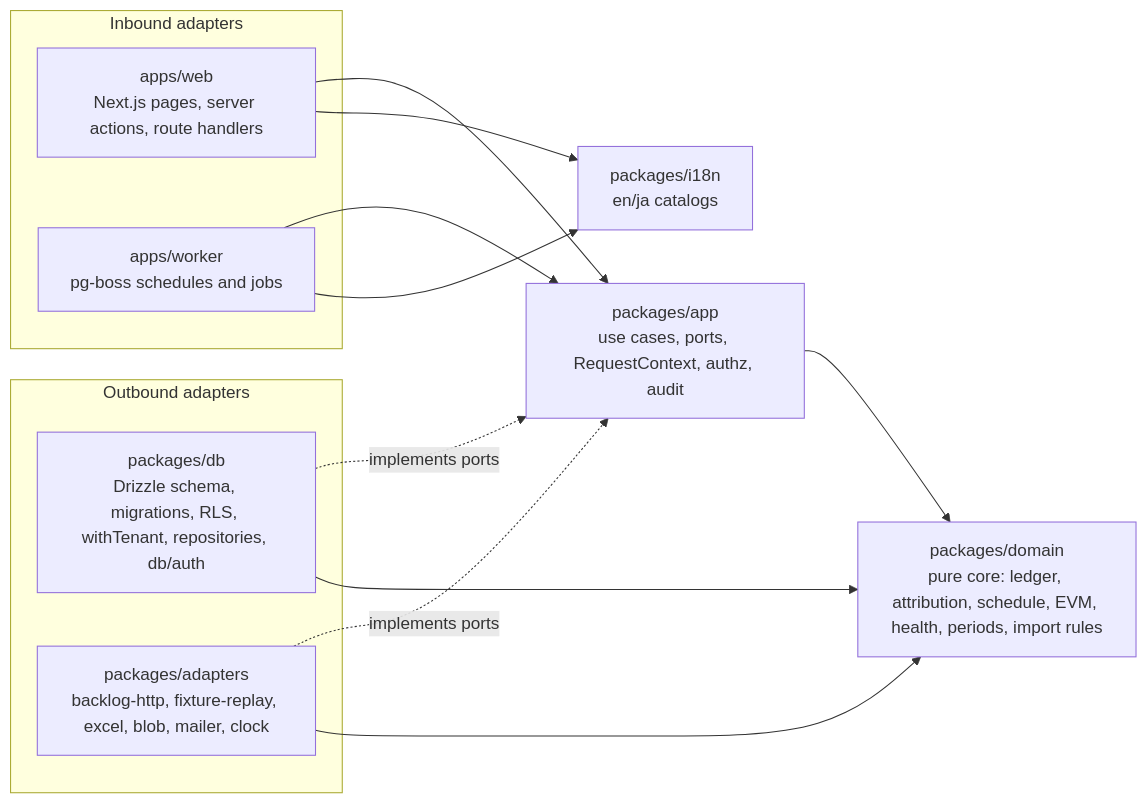
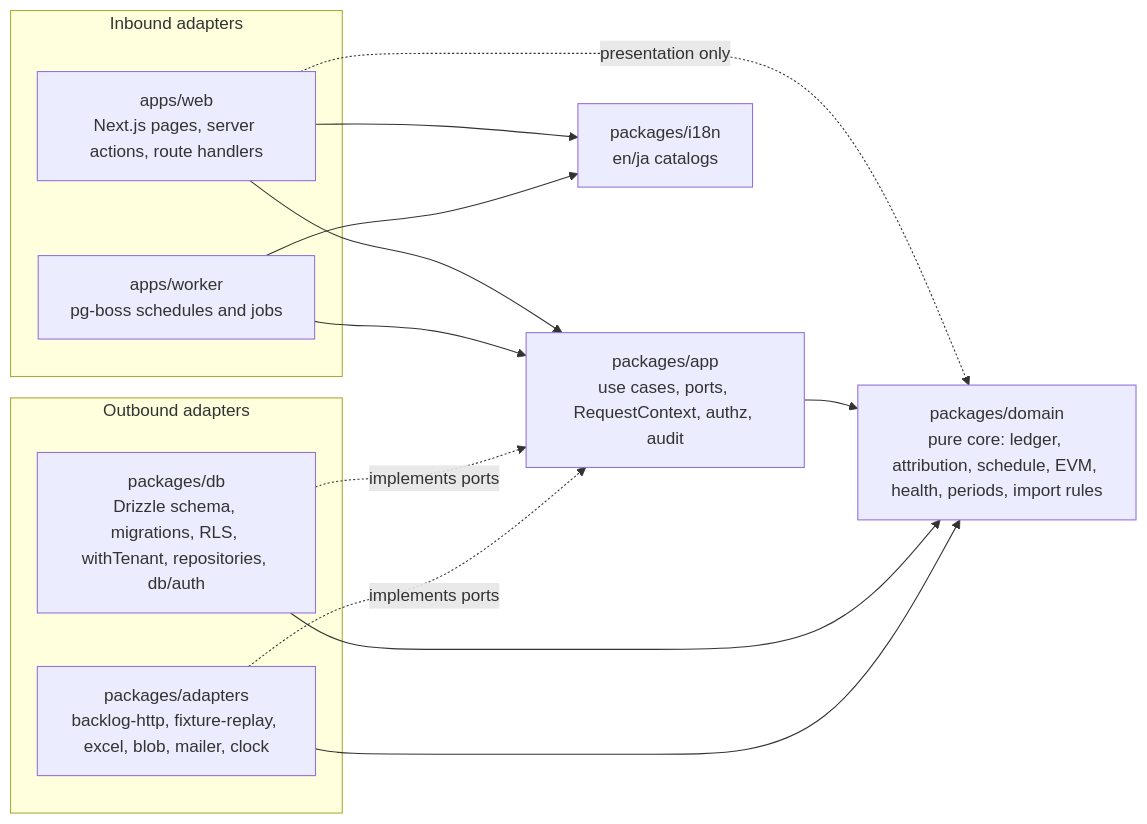
Before and after one commit to hoanghainh1188/momo-keikaku: the first of 6 diagrams in _bmad-output/planning-artifacts/architecture/architecture-momo-keikaku-2026-09-20/ARCHITECTURE-SPINE.md, drawn with Mermaid. The commit also changed other lines of this file and 30 other files, not shown here.

First line of the commit message:
feat: apps/web imports domain/present only; the rest moves behind use cases, then the gate (AD-1)

````diff
--- a/_bmad-output/planning-artifacts/architecture/architecture-momo-keikaku-2026-09-20/ARCHITECTURE-SPINE.md
+++ b/_bmad-output/planning-artifacts/architecture/architecture-momo-keikaku-2026-09-20/ARCHITECTURE-SPINE.md
@@ -48,23 +49,24 @@
 ```mermaid
 flowchart LR
   subgraph inbound[Inbound adapters]
     WEB[apps/web<br/>Next.js pages, server actions, route handlers]
     WRK[apps/worker<br/>pg-boss schedules and jobs]
   end
   APP[packages/app<br/>use cases, ports, RequestContext, authz, audit]
   DOM[packages/domain<br/>pure core: ledger, attribution, schedule, EVM, health, periods, import rules]
   I18N[packages/i18n<br/>en/ja catalogs]
   subgraph outbound[Outbound adapters]
     DB[packages/db<br/>Drizzle schema, migrations, RLS, withTenant, repositories, db/auth]
     ADP[packages/adapters<br/>backlog-http, fixture-replay, excel, blob, mailer, clock]
   end
   WEB --> APP
   WRK --> APP
   WEB --> I18N
+  WEB -. presentation only .-> DOM
   WRK --> I18N
   APP --> DOM
   DB -. implements ports .-> APP
   ADP -. implements ports .-> APP
   DB --> DOM
   ADP --> DOM
 ```
````
